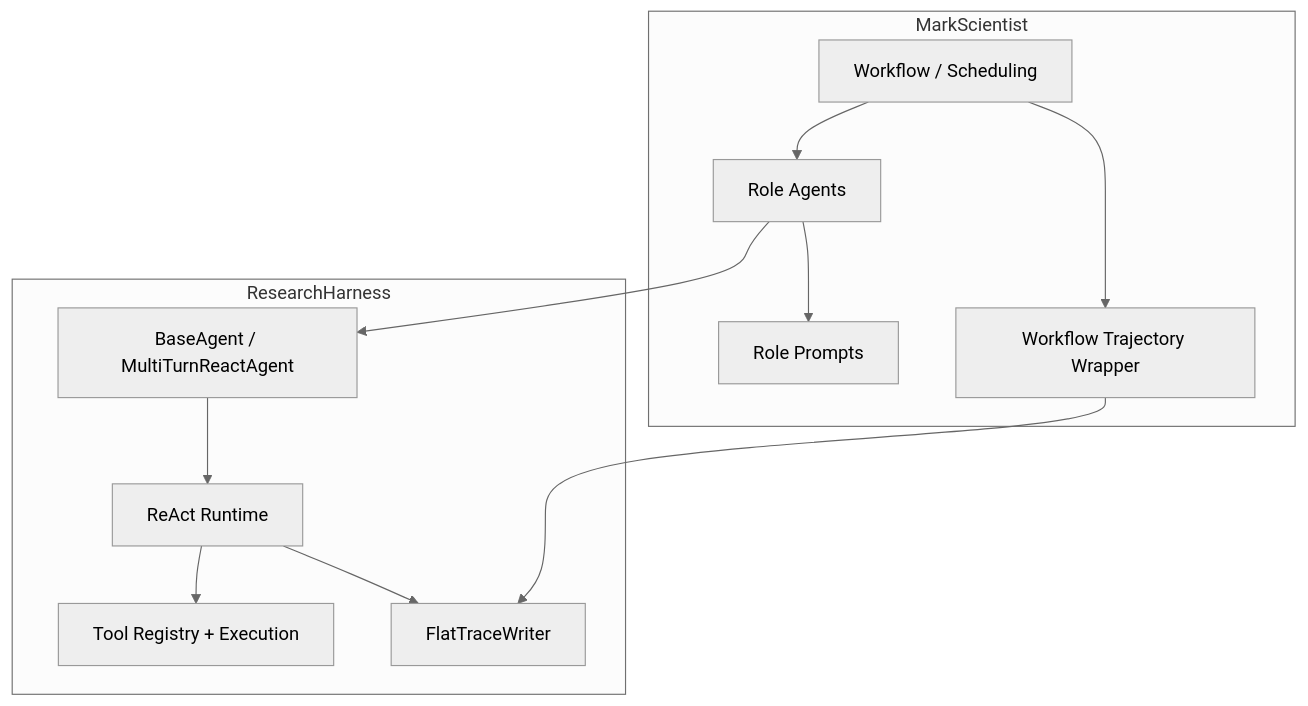
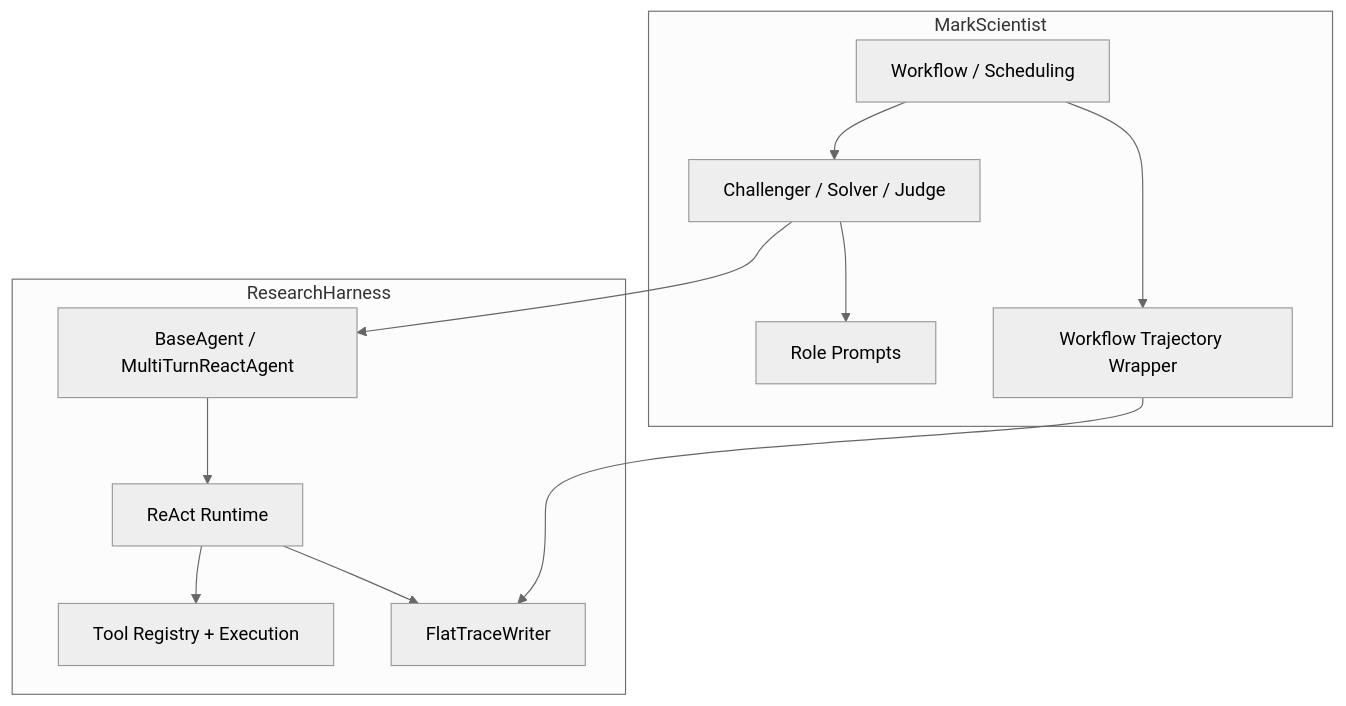
The second of 2 diagrams in README.md (InternScience/MarkScientist), drawn with Mermaid (neutral theme) before and after one commit. The commit also changed other lines of this file and 25 other files, not shown here.

Commit message:
Refactor MarkScientist into challenger solver judge workflow

````diff
--- a/README.md
+++ b/README.md
@@ -104,21 +105,21 @@
 ```mermaid
 flowchart TD
     subgraph MS[MarkScientist]
-        WF[Workflow / Scheduling] --> AG[Role Agents]
+        WF[Workflow / Scheduling] --> AG[Challenger / Solver / Judge]
         AG --> RP[Role Prompts]
         WF --> WR[Workflow Trajectory Wrapper]
     end
 
     subgraph RH[ResearchHarness]
         AB[BaseAgent / MultiTurnReactAgent]
         LOOP[ReAct Runtime]
         TOOLS[Tool Registry + Execution]
         TRACE[FlatTraceWriter]
     end
 
     AG --> AB
     AB --> LOOP
     LOOP --> TOOLS
     LOOP --> TRACE
     WR --> TRACE
 ```
````
